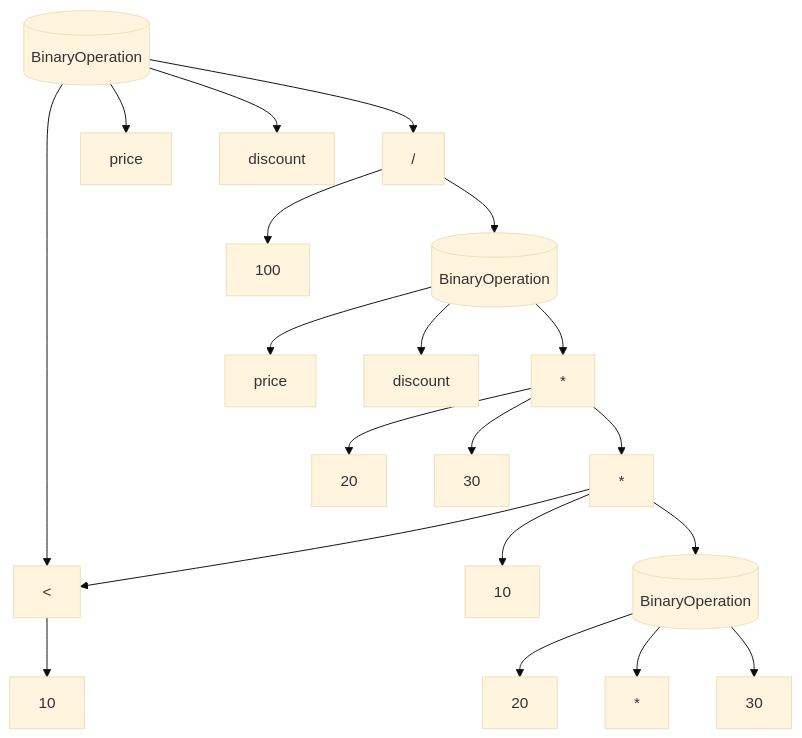
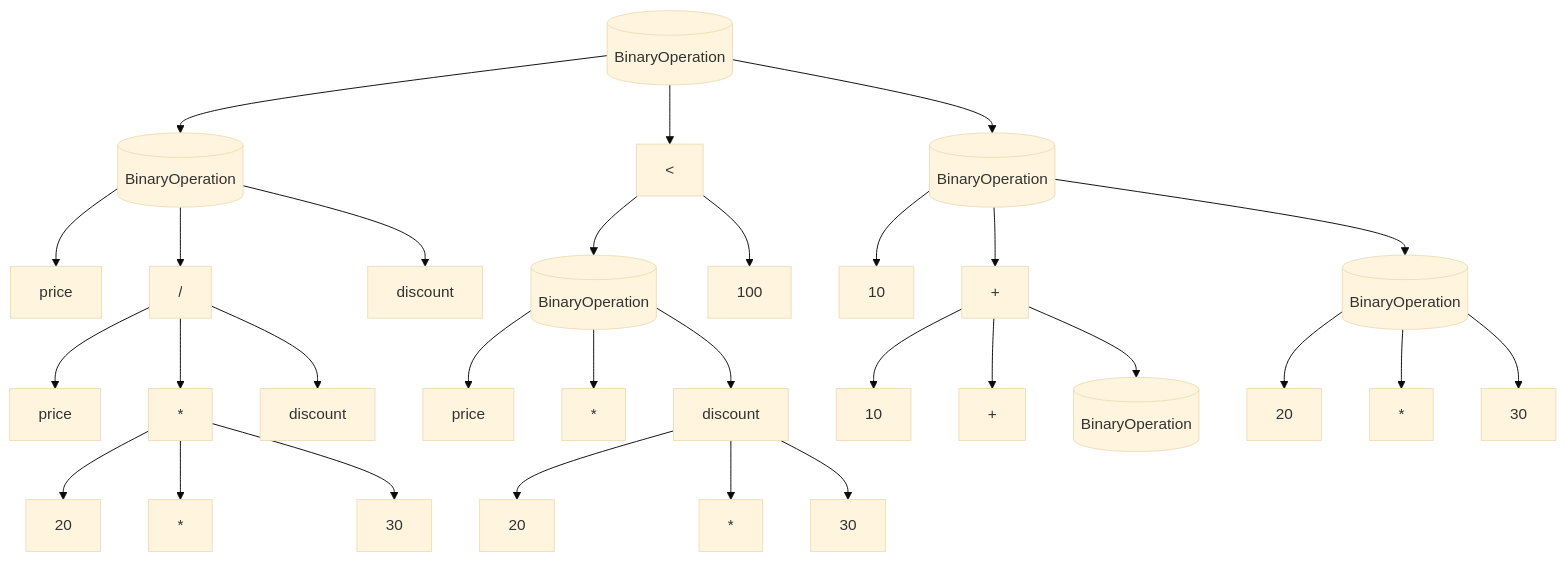
Before and after one commit to TickLabVN/challenges: diagram 15 of 15 in engineer/cs/simple-csv-query-tool/timelines/week_2/testcase.md, drawn with Mermaid (base theme).

````diff
--- a/engineer/cs/simple-csv-query-tool/timelines/week_2/testcase.md
+++ b/engineer/cs/simple-csv-query-tool/timelines/week_2/testcase.md
@@ -644,34 +644,47 @@
 ```mermaid
 flowchart TD
     OP1[(BinaryOperation)]
     OP2[(BinaryOperation)]
     OP3[(BinaryOperation)]
     OP4[(BinaryOperation)]
     OP5[(BinaryOperation)]
 
-    OP1 --> LEFT1[price]
-    OP1 --> OP2["/"]
-    OP1 --> RIGHT1[discount]
+    OP1 --> LEFT1[(BinaryOperation)]
+    OP1 --> OP5[<]
+    OP1 --> RIGHT1[(BinaryOperation)]
+
+    LEFT1 --> LEFT2[price]
+    LEFT1 --> OP2["/"]
+    LEFT1 --> RIGHT2[discount]
     
-    OP2 --> LEFT2[(BinaryOperation)]
-    OP2 --> RIGHT2[100]
+    OP2 --> LEFT3[price]
+    OP2 --> OP3[*]
+    OP2 --> RIGHT3[discount]
+
+    RIGHT1 --> LEFT4[10]
+    RIGHT1 --> OP4[+]
+    RIGHT1 --> RIGHT4[(BinaryOperation)]
     
-    LEFT2 --> LEFT3[price]
-    LEFT2 --> OP3[*]
-    LEFT2 --> RIGHT3[discount]
+    RIGHT4 --> LEFT5[20]
+    RIGHT4 --> OP6[*]
+    RIGHT4 --> RIGHT5[30]
+
+    OP3 --> LEFT6[20]
+    OP3 --> OP7[*]
+    OP3 --> RIGHT6[30]
     
-    OP3 --> LEFT4[20]
-    OP3 --> OP4[*]
-    OP3 --> RIGHT4[30]
+    OP4 --> LEFT7[10]
+    OP4 --> OP8[+]
+    OP4 --> RIGHT7[(BinaryOperation)]
     
-    OP4 --> LEFT5[10]
-    OP4 --> OP5[+]
-    OP4 --> RIGHT5[(BinaryOperation)]
+    OP5 --> LEFT8[(BinaryOperation)]
+    OP5 --> RIGHT8[100]
+
+    LEFT8 --> LEFT9[price]
+    LEFT8 --> OP9[*]
+    LEFT8 --> RIGHT9[discount]
     
-    RIGHT5 --> LEFT6[20]
-    RIGHT5 --> OP6[*]
-    RIGHT5 --> RIGHT6[30]
-
-    OP1 --> OP5[<]
-    OP5 --> RIGHT7[10]
+    RIGHT9 --> LEFT10[20]
+    RIGHT9 --> OP10[*]
+    RIGHT9 --> RIGHT10[30]
 ```
````
